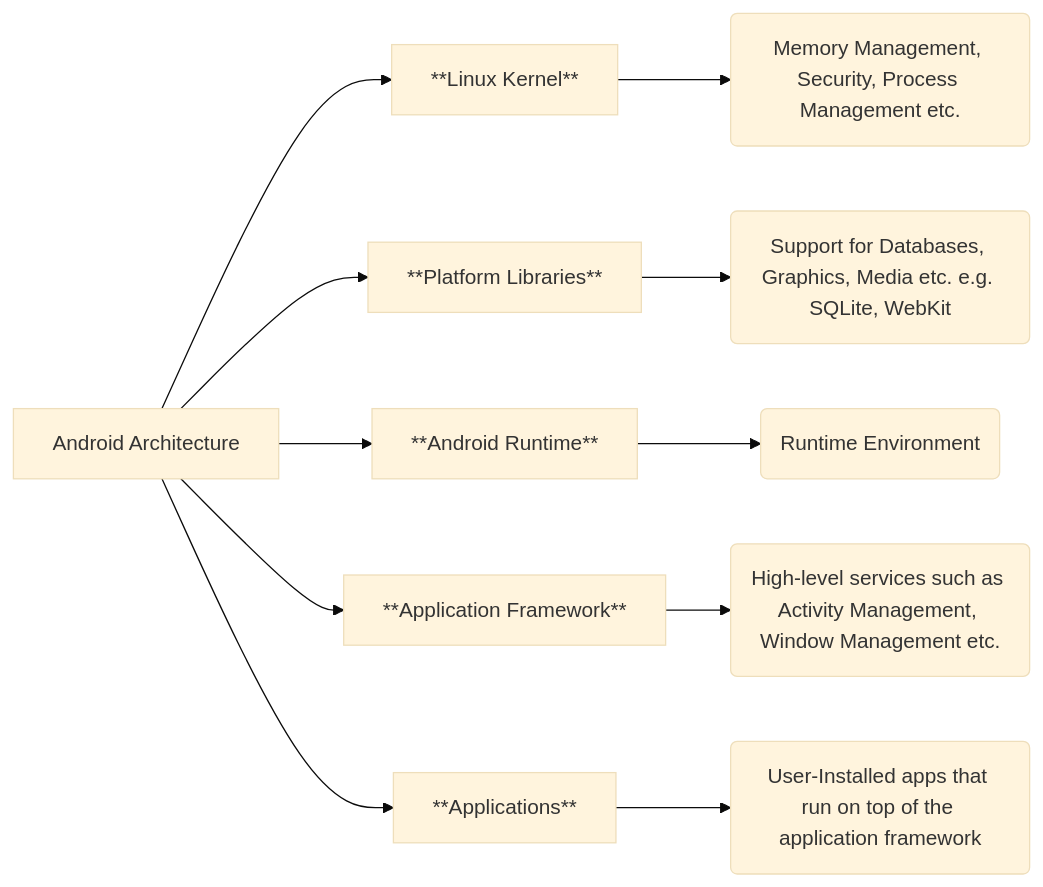
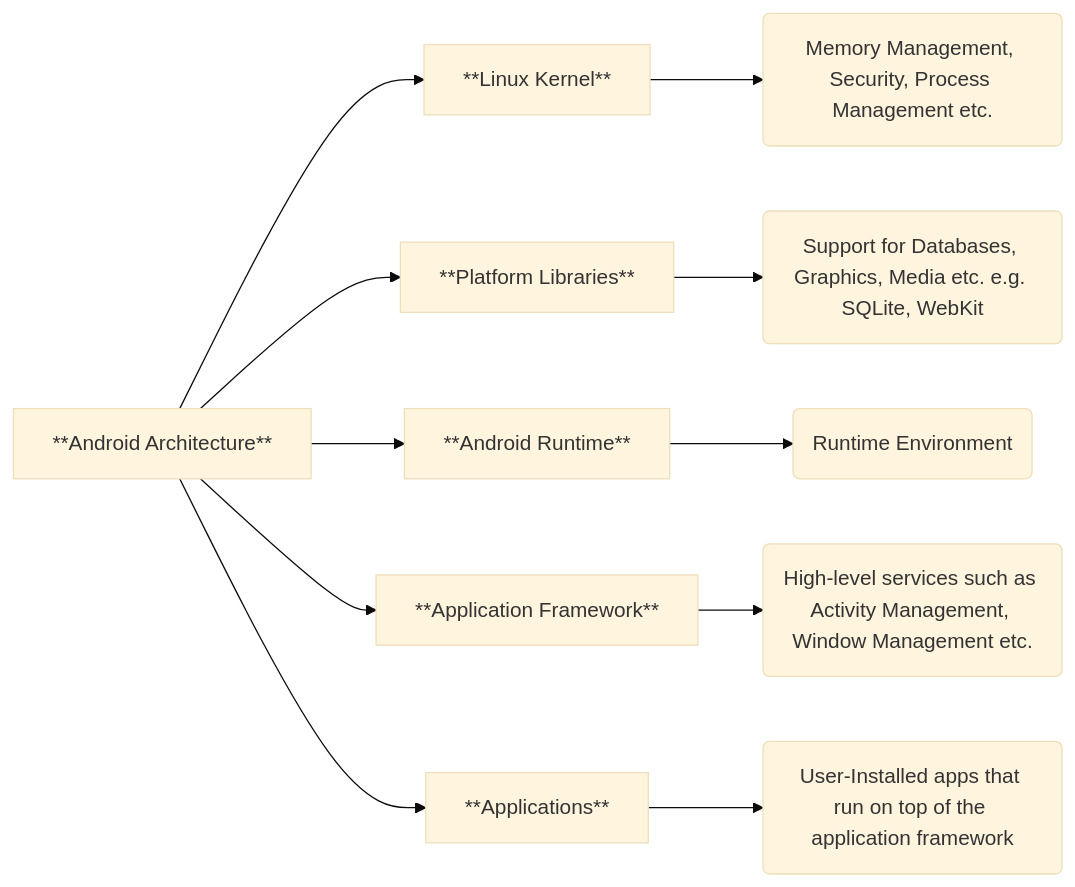
The first of 2 diagrams in MAD/README.md (akshay-rajan/S3), drawn with Mermaid (base theme) before and after one commit. The commit also changed other lines of this file, not shown here.

````diff
--- a/MAD/README.md
+++ b/MAD/README.md
@@ -6,13 +6,13 @@
 ```mermaid
 flowchart LR
-    A[Android Architecture] --> B[**Linux Kernel**]
+    A[**Android Architecture**] --> B[**Linux Kernel**]
     A --> C[**Platform Libraries**]
     A --> D[**Android Runtime**]
     A --> E[**Application Framework**]
     A --> F[**Applications**]
     B --> G(Memory Management, Security, Process Management etc.)
     C --> H(Support for Databases, Graphics, Media etc. e.g. SQLite, WebKit)
     D --> I(Runtime Environment)
     E --> J(High-level services such as Activity Management, Window Management etc.)
     F --> K(User-Installed apps that run on top of the application framework)
 ```
````
